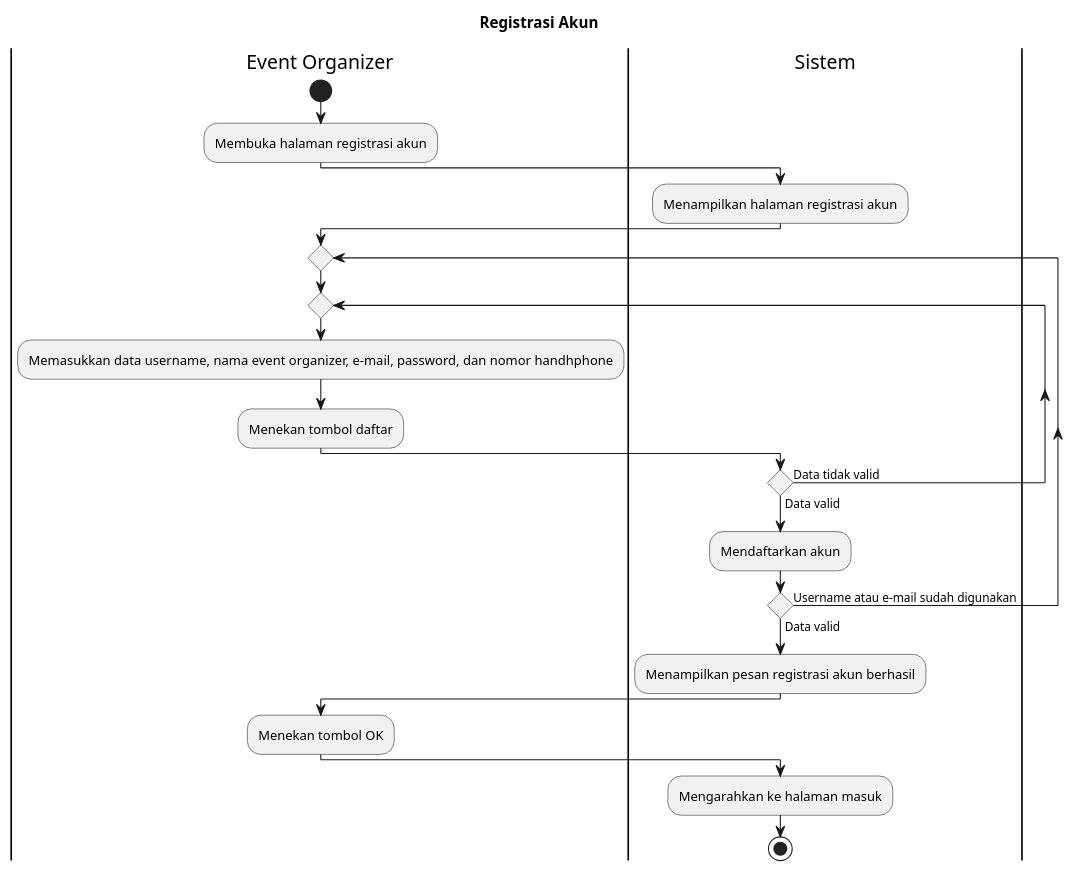
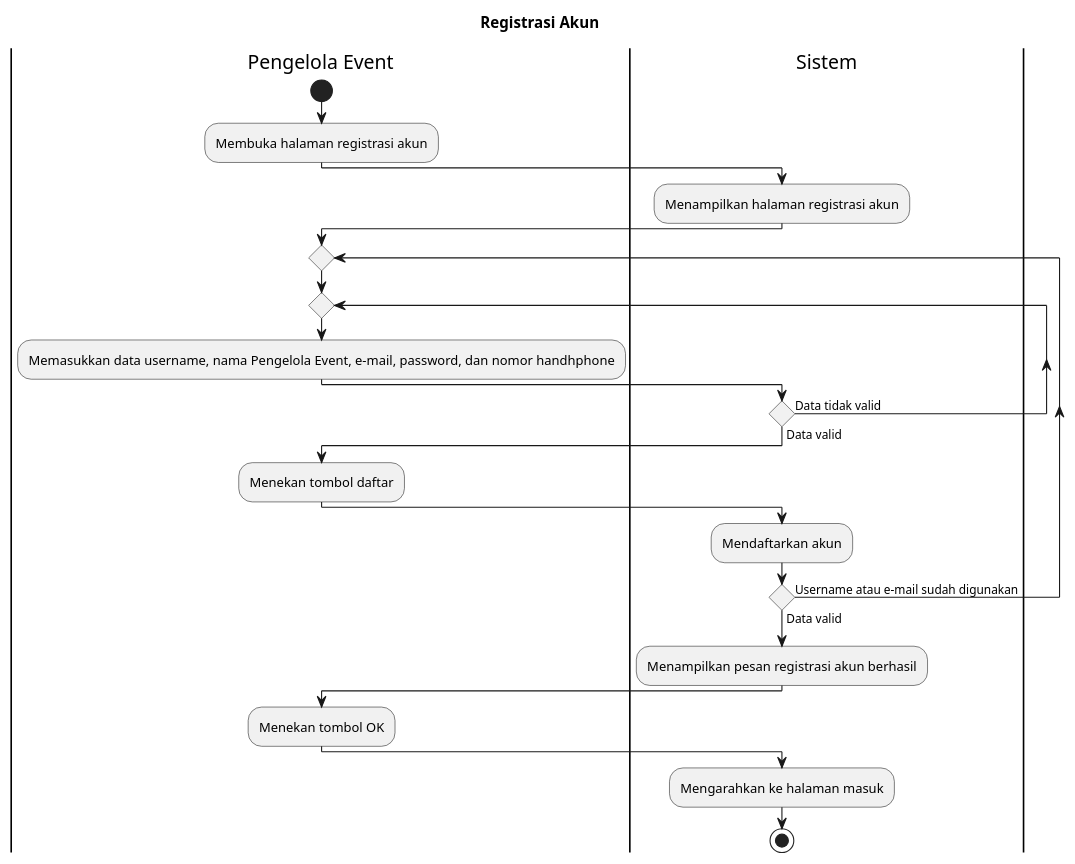
Before and after one commit to irfanfarras10/myevent-diagram: the diagram in Activity Diagram/activity_diagram_registrasi_akun.wsd, drawn with PlantUML. The commit also changed 2 other files, not shown here.

Commit message:
uml(activity diagram): fixup swimlane name

```diff
--- a/Activity Diagram/activity_diagram_registrasi_akun.wsd
+++ b/Activity Diagram/activity_diagram_registrasi_akun.wsd
@@ -1,25 +1,27 @@
 @startuml "activity_diagram_masuk"
 
 title "Registrasi Akun"
 
-|Event Organizer|
+|Pengelola Event|
     start
     :Membuka halaman registrasi akun;
 |Sistem|
     :Menampilkan halaman registrasi akun;
-|Event Organizer|
+|Pengelola Event|
     repeat
     repeat
-    :Memasukkan data username, nama event organizer, e-mail, password, dan nomor handhphone; 
-    :Menekan tombol daftar;
+    :Memasukkan data username, nama Pengelola Event, e-mail, password, dan nomor handhphone; 
 |Sistem|
     repeat while () is (Data tidak valid) not (Data valid)
+|Pengelola Event|
+    :Menekan tombol daftar;
+|Sistem| 
     :Mendaftarkan akun;
     repeat while () is (Username atau e-mail sudah digunakan) not (Data valid)
     :Menampilkan pesan registrasi akun berhasil;
-|Event Organizer|
+|Pengelola Event|
     :Menekan tombol OK;
 |Sistem|
     :Mengarahkan ke halaman masuk;
     stop
 @enduml
```
